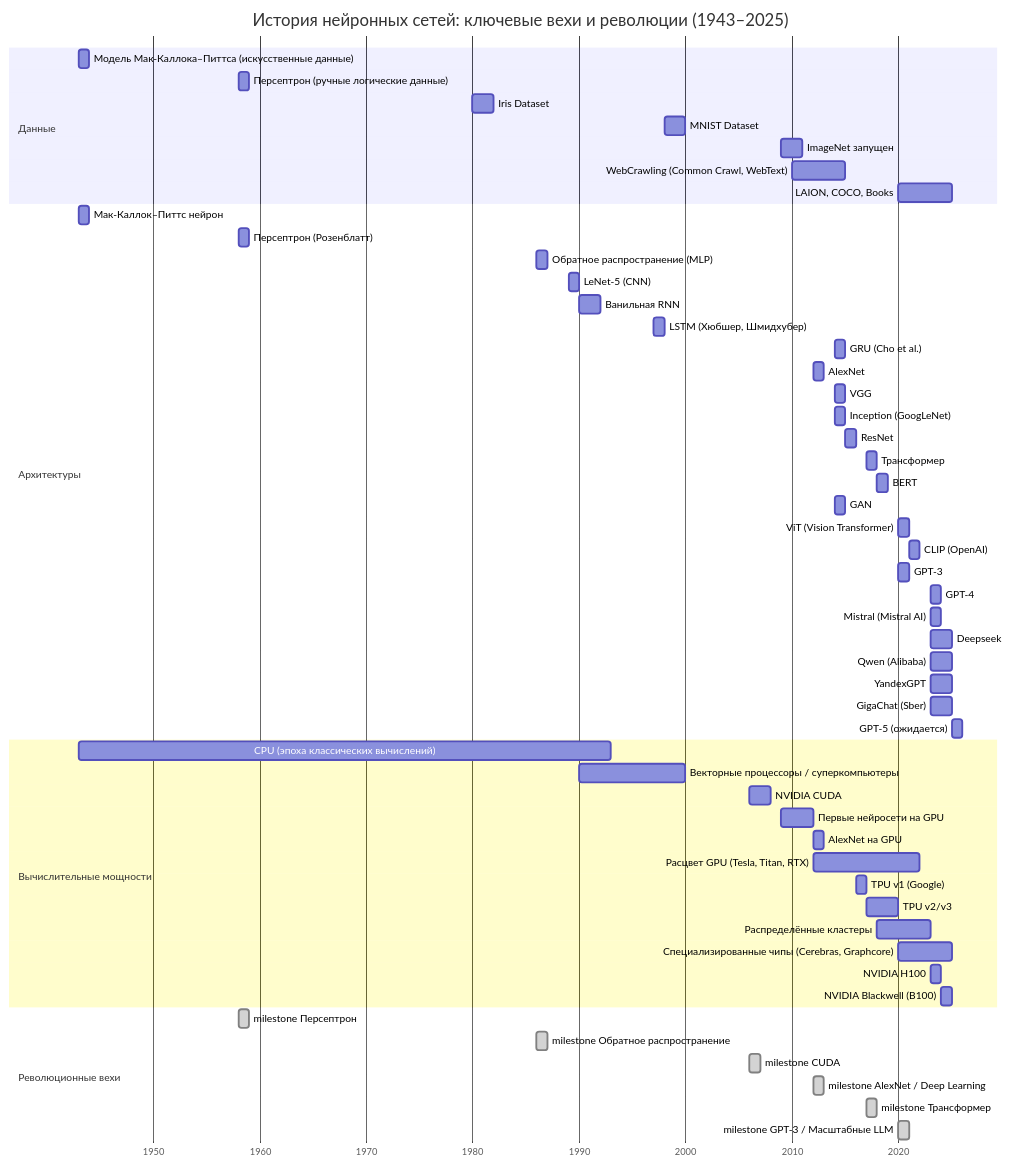
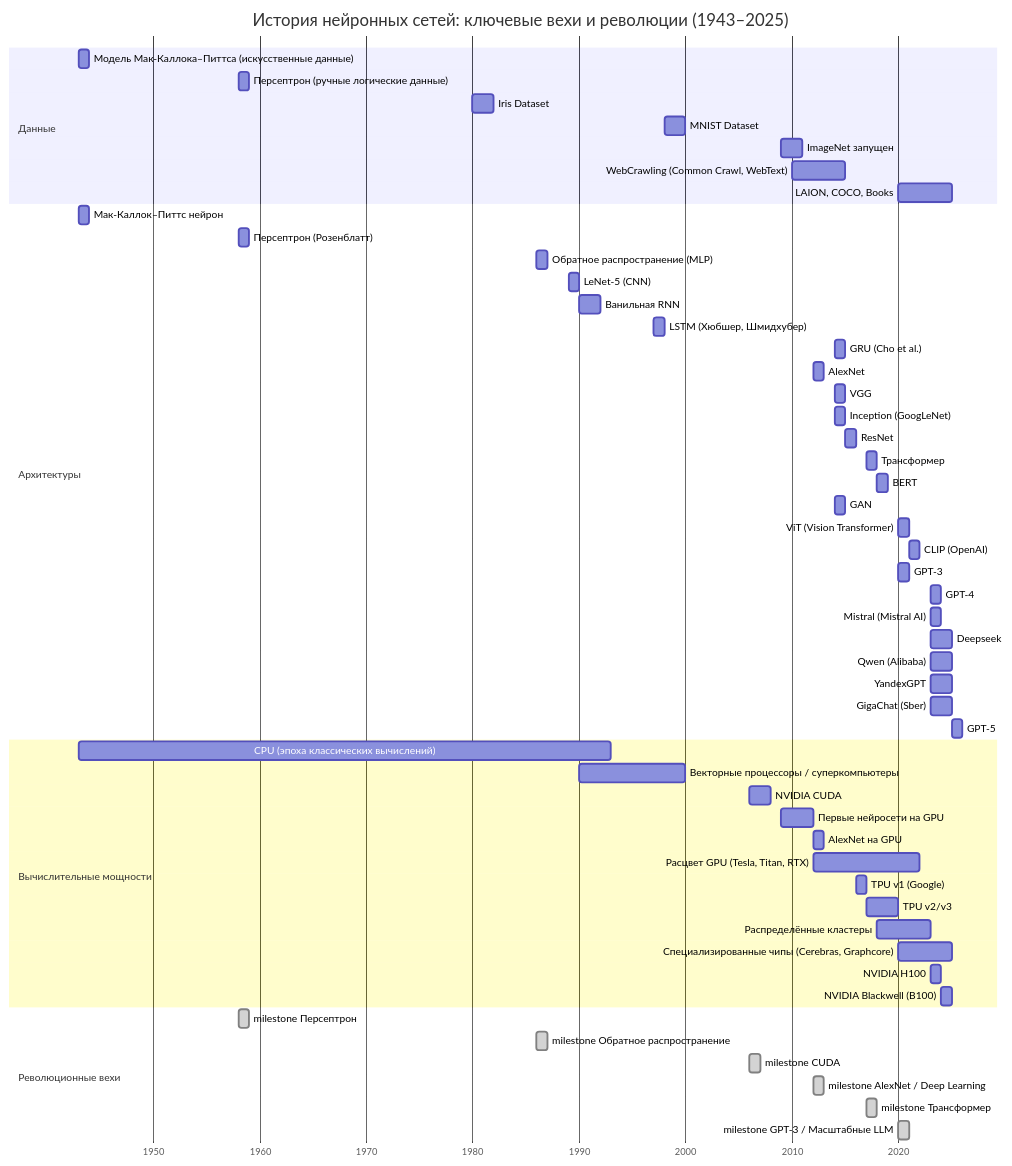
One commit to dayekb/markdown_mermaid_test changed the diagram in mermaid/gant_1.md. Above: the diagram before and after it, drawn with Mermaid.

````diff
--- a/mermaid/gant_1.md
+++ b/mermaid/gant_1.md
@@ -1,65 +1,65 @@
 ```mermaid 
 
 
 gantt
     title История нейронных сетей: ключевые вехи и революции (1943–2025)
     dateFormat  YYYY
     axisFormat %Y
     section Данные
     Модель Мак-Каллока–Питтса (искусственные данные) : 1943, 1y
     Персептрон (ручные логические данные) : 1958, 1y
     Iris Dataset : 1980, 2y
     MNIST Dataset : 1998, 2y
     ImageNet запущен : 2009, 2y
     WebCrawling (Common Crawl, WebText) : 2010, 5y
     LAION, COCO, Books : 2020, 5y
 
     section Архитектуры
     Мак-Каллок–Питтс нейрон : 1943, 1y
     Персептрон (Розенблатт) : 1958, 1y
     Обратное распространение (MLP) : 1986, 1y
     LeNet-5 (CNN) : 1989, 1y
     Ванильная RNN : 1990, 2y
     LSTM (Хюбшер, Шмидхубер) : 1997, 1y
     GRU (Cho et al.) : 2014, 1y
     AlexNet : 2012, 1y
     VGG : 2014, 1y
     Inception (GoogLeNet) : 2014, 1y
     ResNet : 2015, 1y
     Трансформер : 2017, 1y
     BERT : 2018, 1y
     GAN : 2014, 1y
     ViT (Vision Transformer) : 2020, 1y
     CLIP (OpenAI) : 2021, 1y
     GPT-3 : 2020, 1y
     GPT-4 : 2023, 1y
     Mistral (Mistral AI) : 2023, 1y
     Deepseek : 2023, 2y
     Qwen (Alibaba) : 2023, 2y
     YandexGPT : 2023, 2y
     GigaChat (Sber) : 2023, 2y
-    GPT-5 (ожидается) : 2025, 1y
+    GPT-5 : 2025, 1y
 
     section Вычислительные мощности
     CPU (эпоха классических вычислений) : 1943, 50y
     Векторные процессоры / суперкомпьютеры : 1990, 10y
     NVIDIA CUDA : 2006, 2y
     Первые нейросети на GPU : 2009, 3y
     AlexNet на GPU : 2012, 1y
     Расцвет GPU (Tesla, Titan, RTX) : 2012, 10y
     TPU v1 (Google) : 2016, 1y
     TPU v2/v3 : 2017, 3y
     Распределённые кластеры : 2018, 5y
     Специализированные чипы (Cerebras, Graphcore) : 2020, 5y
     NVIDIA H100 : 2023, 1y
     NVIDIA Blackwell (B100) : 2024, 1y
 
     section Революционные вехи
     milestone Персептрон : done, 1958, 1y
     milestone Обратное распространение : done, 1986, 1y
     milestone CUDA : done, 2006, 1y
     milestone AlexNet / Deep Learning : done, 2012, 1y
     milestone Трансформер : done, 2017, 1y
     milestone GPT-3 / Масштабные LLM : done, 2020, 1y
 
 ```
````
